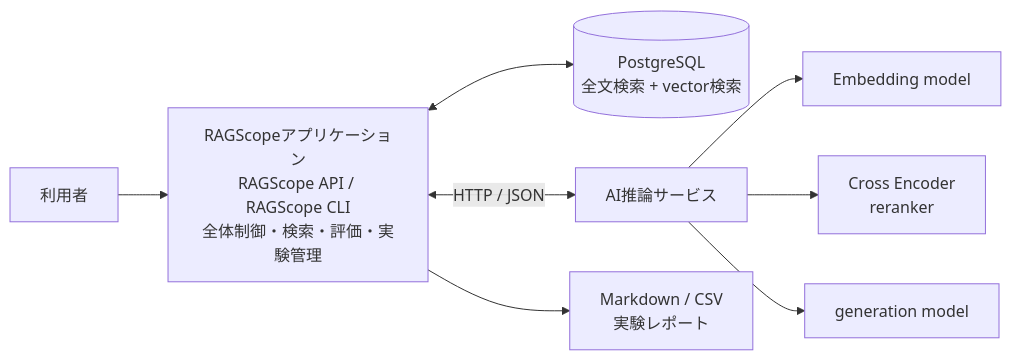
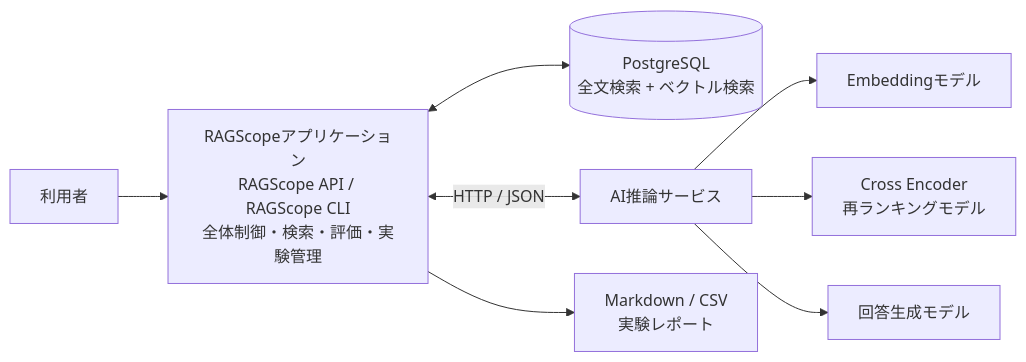
One commit to takashit16833/RAGScope changed the first of 6 diagrams in project-docs/design/システムアーキテクチャ.md. Above: the diagram before and after it, drawn with Mermaid. The commit also changed other lines of this file and 2 other files, not shown here.

Commit message:
refactor system architecture and documentation guidelines

````diff
--- a/project-docs/design/システムアーキテクチャ.md
+++ b/project-docs/design/システムアーキテクチャ.md
@@ -105,13 +99,13 @@
 ```mermaid
 flowchart LR
     User["利用者"] --> Application["RAGScopeアプリケーション<br>RAGScope API / RAGScope CLI<br>全体制御・検索・評価・実験管理"]
 
-    Application <--> DB[("PostgreSQL<br>全文検索 + vector検索")]
+    Application <--> DB[("PostgreSQL<br>全文検索 + ベクトル検索")]
     Application <-->|HTTP / JSON| AI["AI推論サービス"]
 
-    AI --> Embedding["Embedding model"]
-    AI --> Reranker["Cross Encoder<br>reranker"]
-    AI --> Generation["generation model"]
+    AI --> Embedding["Embeddingモデル"]
+    AI --> Reranker["Cross Encoder<br>再ランキングモデル"]
+    AI --> Generation["回答生成モデル"]
 
     Application --> Report["Markdown / CSV<br>実験レポート"]
 ```
````
